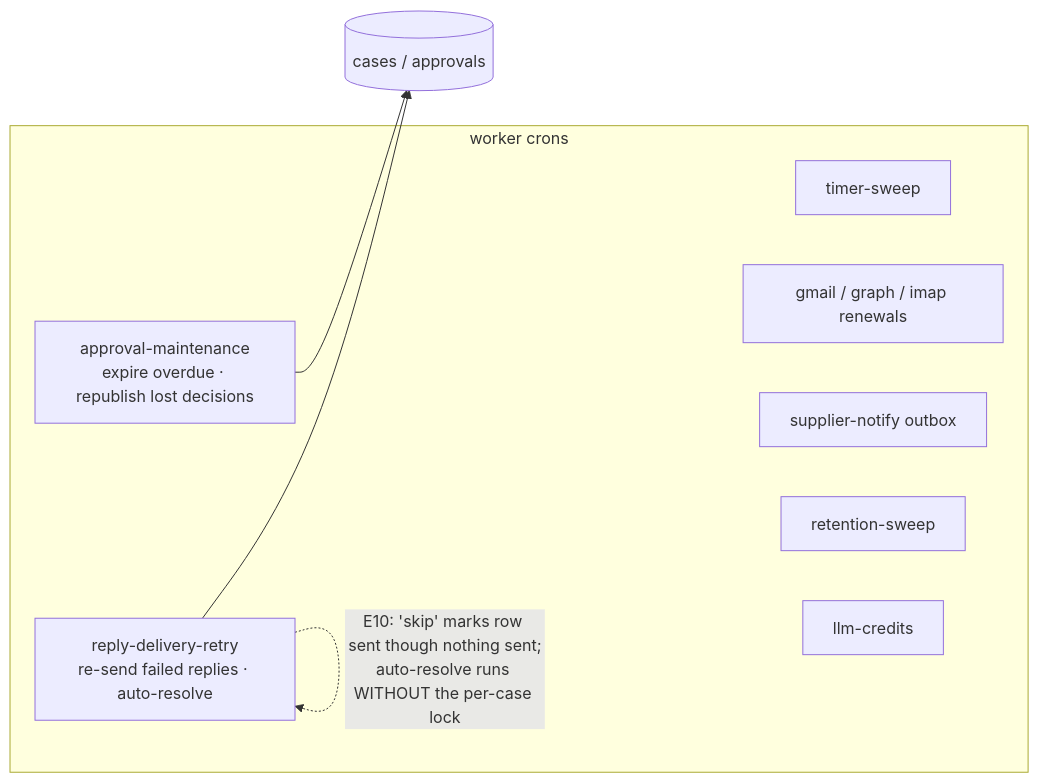
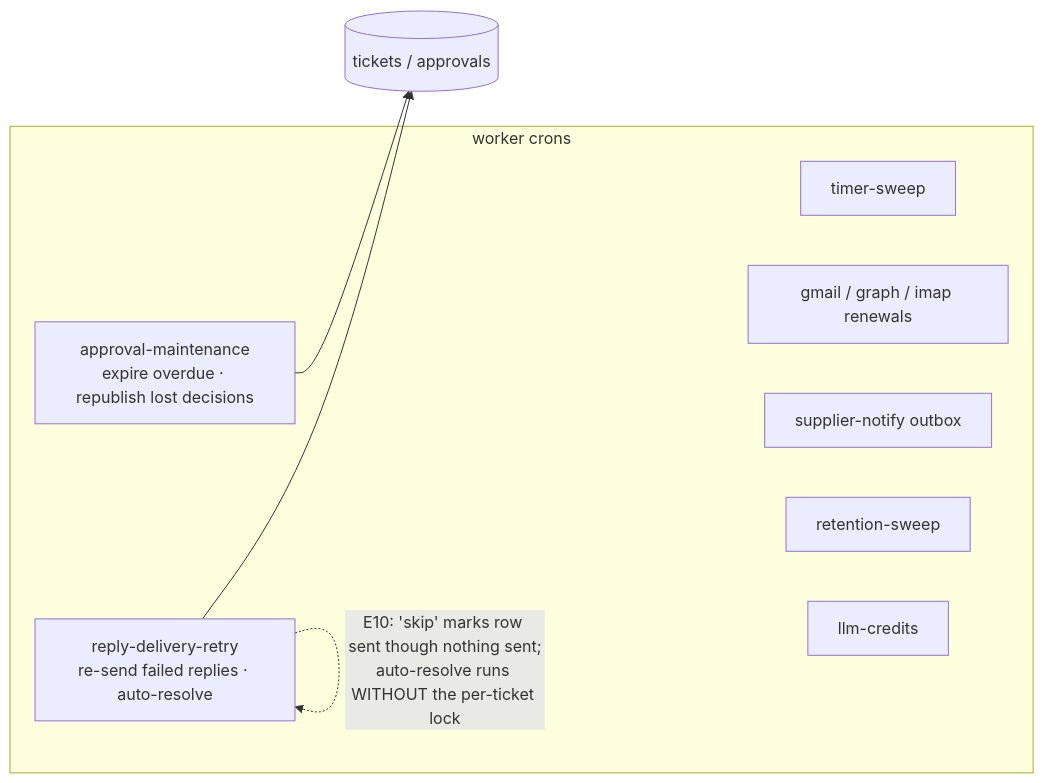
The second of 5 diagrams in docs/agent-runtime-analysis.md (anasnaciri/support-agent), drawn with Mermaid before and after one commit. The commit also changed other lines of this file and 563 other files, not shown here.

Commit message:
refactor(ticket): rename cases to tickets

````diff
--- a/docs/agent-runtime-analysis.md
+++ b/docs/agent-runtime-analysis.md
@@ -59,16 +59,16 @@
 ```mermaid
 flowchart LR
     subgraph crons["worker crons"]
         AM["approval-maintenance<br/>expire overdue · republish lost decisions"]
         RD["reply-delivery-retry<br/>re-send failed replies · auto-resolve"]
         TS["timer-sweep"]
         REN["gmail / graph / imap renewals"]
         SN["supplier-notify outbox"]
         RET["retention-sweep"]
         LC["llm-credits"]
     end
-    AM --> CASE[(cases / approvals)]
-    RD --> CASE
-    RD -. "E10: 'skip' marks row sent though nothing sent;<br/>auto-resolve runs WITHOUT the per-case lock" .-> RD
+    AM --> TICKET[(tickets / approvals)]
+    RD --> TICKET
+    RD -. "E10: 'skip' marks row sent though nothing sent;<br/>auto-resolve runs WITHOUT the per-ticket lock" .-> RD
     classDef x fill:#fde2e2,stroke:#b91c1c;
 ```
````
